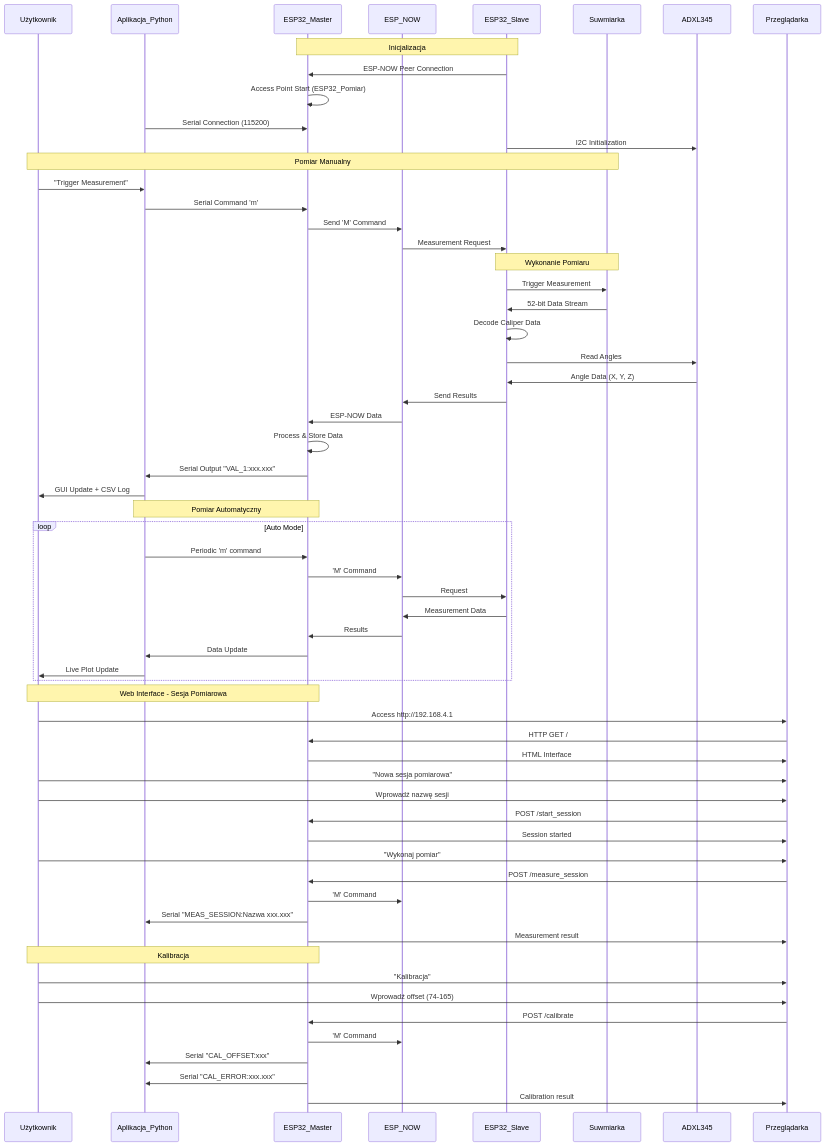
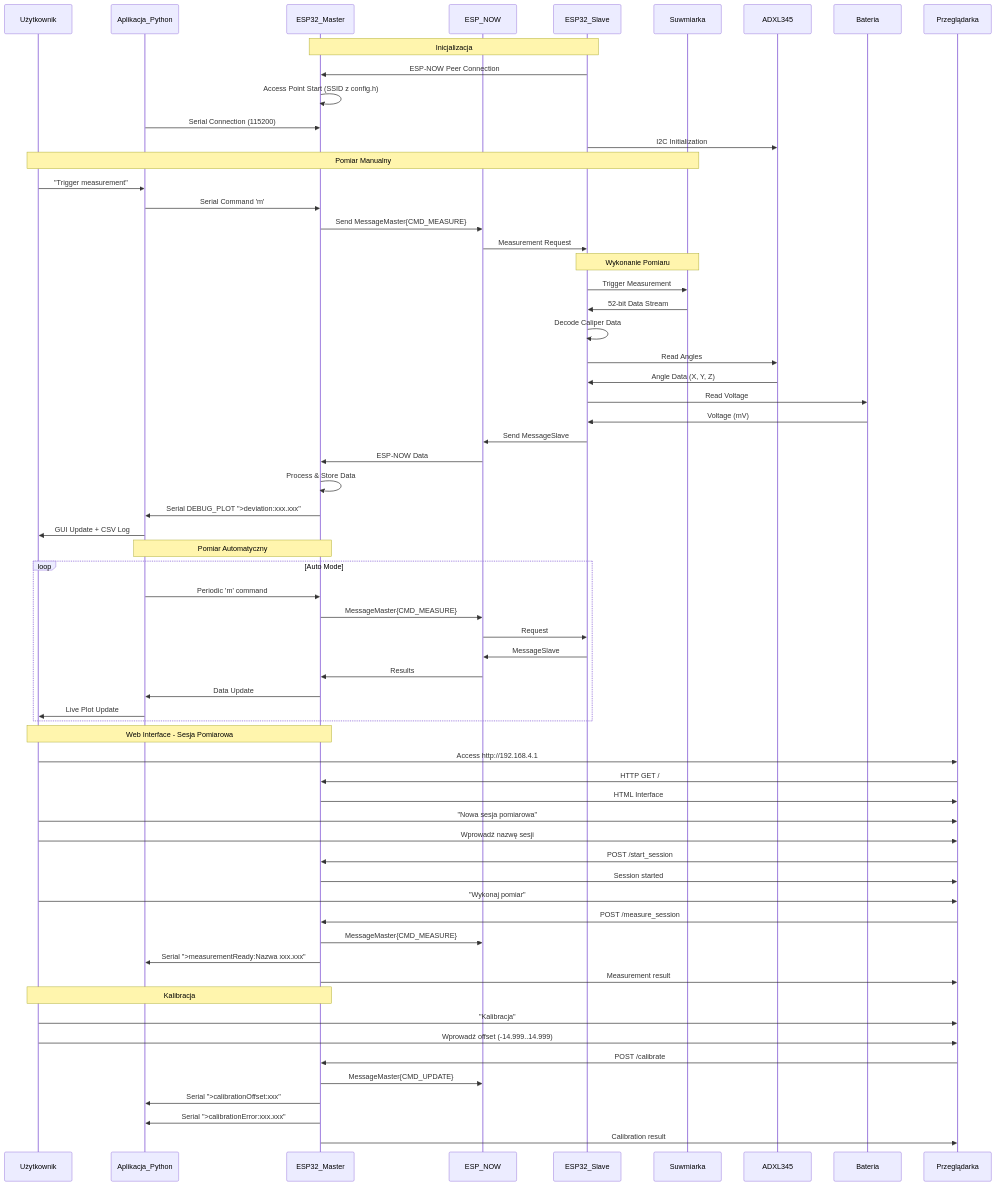
Before and after one commit to ciupakt/caliper: the second of 3 diagrams in README.md, drawn with Mermaid. The commit also changed other lines of this file and 5 other files, not shown here.

````diff
--- a/README.md
+++ b/README.md
@@ -234,68 +268,71 @@
 ```mermaid
 sequenceDiagram
     participant Użytkownik
     participant Aplikacja_Python
     participant ESP32_Master
     participant ESP_NOW
     participant ESP32_Slave
     participant Suwmiarka
     participant ADXL345
+    participant Bateria
 
     Note over ESP32_Slave,ESP32_Master: Inicjalizacja
     ESP32_Slave->>ESP32_Master: ESP-NOW Peer Connection
-    ESP32_Master->>ESP32_Master: Access Point Start (ESP32_Pomiar)
+    ESP32_Master->>ESP32_Master: Access Point Start (SSID z config.h)
     Aplikacja_Python->>ESP32_Master: Serial Connection (115200)
     ESP32_Slave->>ADXL345: I2C Initialization
 
     Note over Użytkownik,Suwmiarka: Pomiar Manualny
-    Użytkownik->>Aplikacja_Python: "Trigger Measurement"
+    Użytkownik->>Aplikacja_Python: "Trigger measurement"
     Aplikacja_Python->>ESP32_Master: Serial Command 'm'
-    ESP32_Master->>ESP_NOW: Send 'M' Command
+    ESP32_Master->>ESP_NOW: Send MessageMaster{CMD_MEASURE}
     ESP_NOW->>ESP32_Slave: Measurement Request
 
     Note over ESP32_Slave,Suwmiarka: Wykonanie Pomiaru
     ESP32_Slave->>Suwmiarka: Trigger Measurement
     Suwmiarka->>ESP32_Slave: 52-bit Data Stream
     ESP32_Slave->>ESP32_Slave: Decode Caliper Data
     ESP32_Slave->>ADXL345: Read Angles
     ADXL345->>ESP32_Slave: Angle Data (X, Y, Z)
-    ESP32_Slave->>ESP_NOW: Send Results
+    ESP32_Slave->>Bateria: Read Voltage
+    Bateria->>ESP32_Slave: Voltage (mV)
+    ESP32_Slave->>ESP_NOW: Send MessageSlave
     ESP_NOW->>ESP32_Master: ESP-NOW Data
     ESP32_Master->>ESP32_Master: Process & Store Data
-    ESP32_Master->>Aplikacja_Python: Serial Output "VAL_1:xxx.xxx"
+    ESP32_Master->>Aplikacja_Python: Serial DEBUG_PLOT ">deviation:xxx.xxx"
     Aplikacja_Python->>Użytkownik: GUI Update + CSV Log
 
     Note over Aplikacja_Python,ESP32_Master: Pomiar Automatyczny
     loop Auto Mode
         Aplikacja_Python->>ESP32_Master: Periodic 'm' command
-        ESP32_Master->>ESP_NOW: 'M' Command
+        ESP32_Master->>ESP_NOW: MessageMaster{CMD_MEASURE}
         ESP_NOW->>ESP32_Slave: Request
-        ESP32_Slave->>ESP_NOW: Measurement Data
+        ESP32_Slave->>ESP_NOW: MessageSlave
         ESP_NOW->>ESP32_Master: Results
         ESP32_Master->>Aplikacja_Python: Data Update
         Aplikacja_Python->>Użytkownik: Live Plot Update
     end
 
     Note over Użytkownik,ESP32_Master: Web Interface - Sesja Pomiarowa
     Użytkownik->>Przeglądarka: Access http://192.168.4.1
     Przeglądarka->>ESP32_Master: HTTP GET /
     ESP32_Master->>Przeglądarka: HTML Interface
     Użytkownik->>Przeglądarka: "Nowa sesja pomiarowa"
     Użytkownik->>Przeglądarka: Wprowadź nazwę sesji
     Przeglądarka->>ESP32_Master: POST /start_session
     ESP32_Master->>Przeglądarka: Session started
     Użytkownik->>Przeglądarka: "Wykonaj pomiar"
     Przeglądarka->>ESP32_Master: POST /measure_session
-    ESP32_Master->>ESP_NOW: 'M' Command
-    ESP32_Master->>Aplikacja_Python: Serial "MEAS_SESSION:Nazwa xxx.xxx"
+    ESP32_Master->>ESP_NOW: MessageMaster{CMD_MEASURE}
+    ESP32_Master->>Aplikacja_Python: Serial ">measurementReady:Nazwa xxx.xxx"
     ESP32_Master->>Przeglądarka: Measurement result
 
     Note over Użytkownik,ESP32_Master: Kalibracja
     Użytkownik->>Przeglądarka: "Kalibracja"
-    Użytkownik->>Przeglądarka: Wprowadź offset (74-165)
+    Użytkownik->>Przeglądarka: Wprowadź offset (-14.999..14.999)
     Przeglądarka->>ESP32_Master: POST /calibrate
-    ESP32_Master->>ESP_NOW: 'M' Command
-    ESP32_Master->>Aplikacja_Python: Serial "CAL_OFFSET:xxx"
-    ESP32_Master->>Aplikacja_Python: Serial "CAL_ERROR:xxx.xxx"
+    ESP32_Master->>ESP_NOW: MessageMaster{CMD_UPDATE}
+    ESP32_Master->>Aplikacja_Python: Serial ">calibrationOffset:xxx"
+    ESP32_Master->>Aplikacja_Python: Serial ">calibrationError:xxx.xxx"
     ESP32_Master->>Przeglądarka: Calibration result
 ```
````
